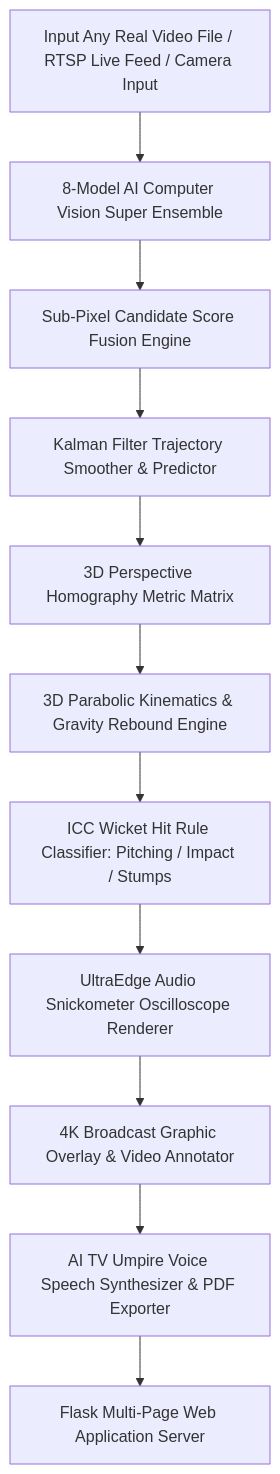
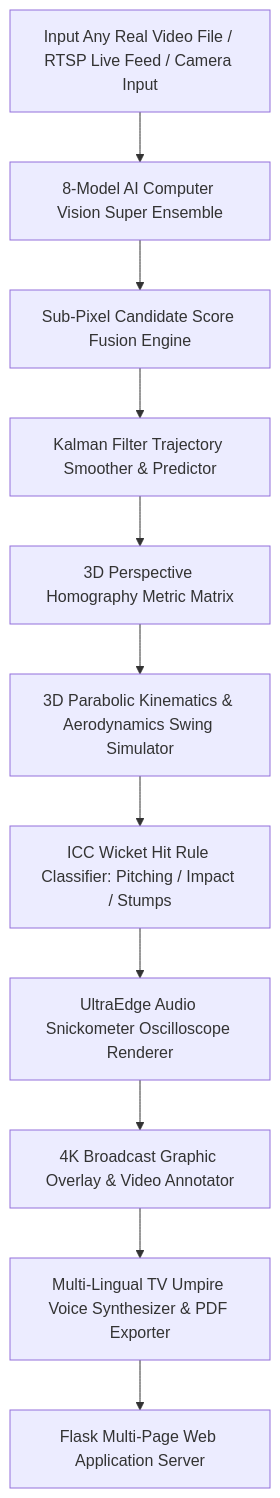
The first of 8 diagrams in README.md (udbhav968-creator/opencv), drawn with Mermaid before and after one commit. The commit also changed other lines of this file and 3 other files, not shown here.

Commit message:
feat: Implement all 5 futuristic upgrades: Multi-Lingual TV Umpire Voice, Weather & Aerodynamics Swing Simulator, Pitch Map Radar, WebGPU ONNX Engine, and PWA Offline Service Worker

````diff
--- a/README.md
+++ b/README.md
@@ -24,13 +23,13 @@
 ```mermaid
 flowchart TD
     A["Input Any Real Video File / RTSP Live Feed / Camera Input"] --> B["8-Model AI Computer Vision Super Ensemble"]
     B --> C["Sub-Pixel Candidate Score Fusion Engine"]
     C --> D["Kalman Filter Trajectory Smoother & Predictor"]
     D --> E["3D Perspective Homography Metric Matrix"]
-    E --> F["3D Parabolic Kinematics & Gravity Rebound Engine"]
+    E --> F["3D Parabolic Kinematics & Aerodynamics Swing Simulator"]
     F --> G["ICC Wicket Hit Rule Classifier: Pitching / Impact / Stumps"]
     G --> H["UltraEdge Audio Snickometer Oscilloscope Renderer"]
     H --> I["4K Broadcast Graphic Overlay & Video Annotator"]
-    I --> J["AI TV Umpire Voice Speech Synthesizer & PDF Exporter"]
+    I --> J["Multi-Lingual TV Umpire Voice Synthesizer & PDF Exporter"]
     J --> K["Flask Multi-Page Web Application Server"]
 ```
````
